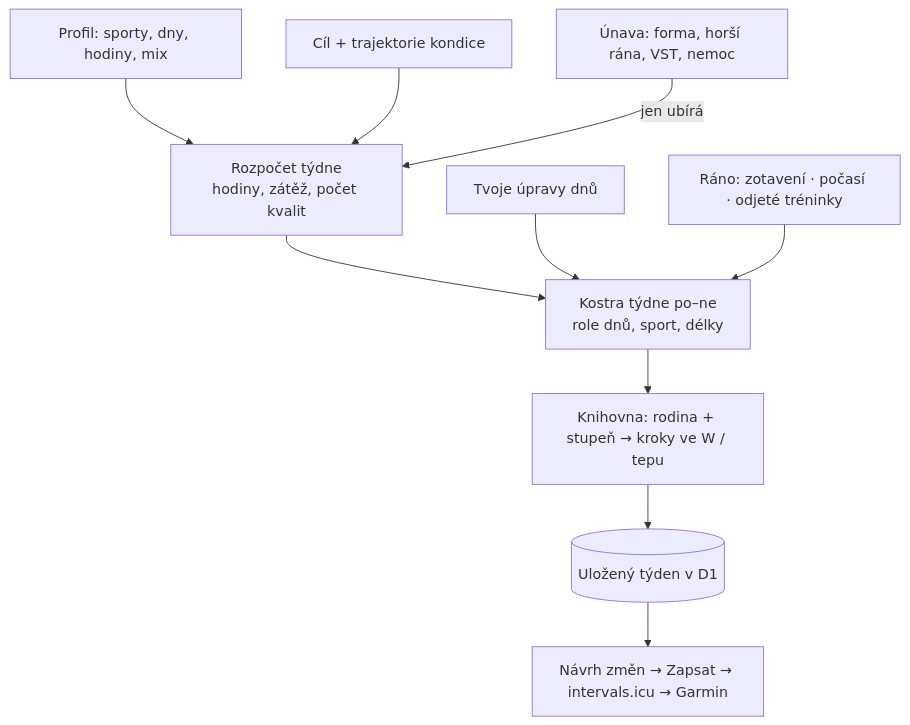
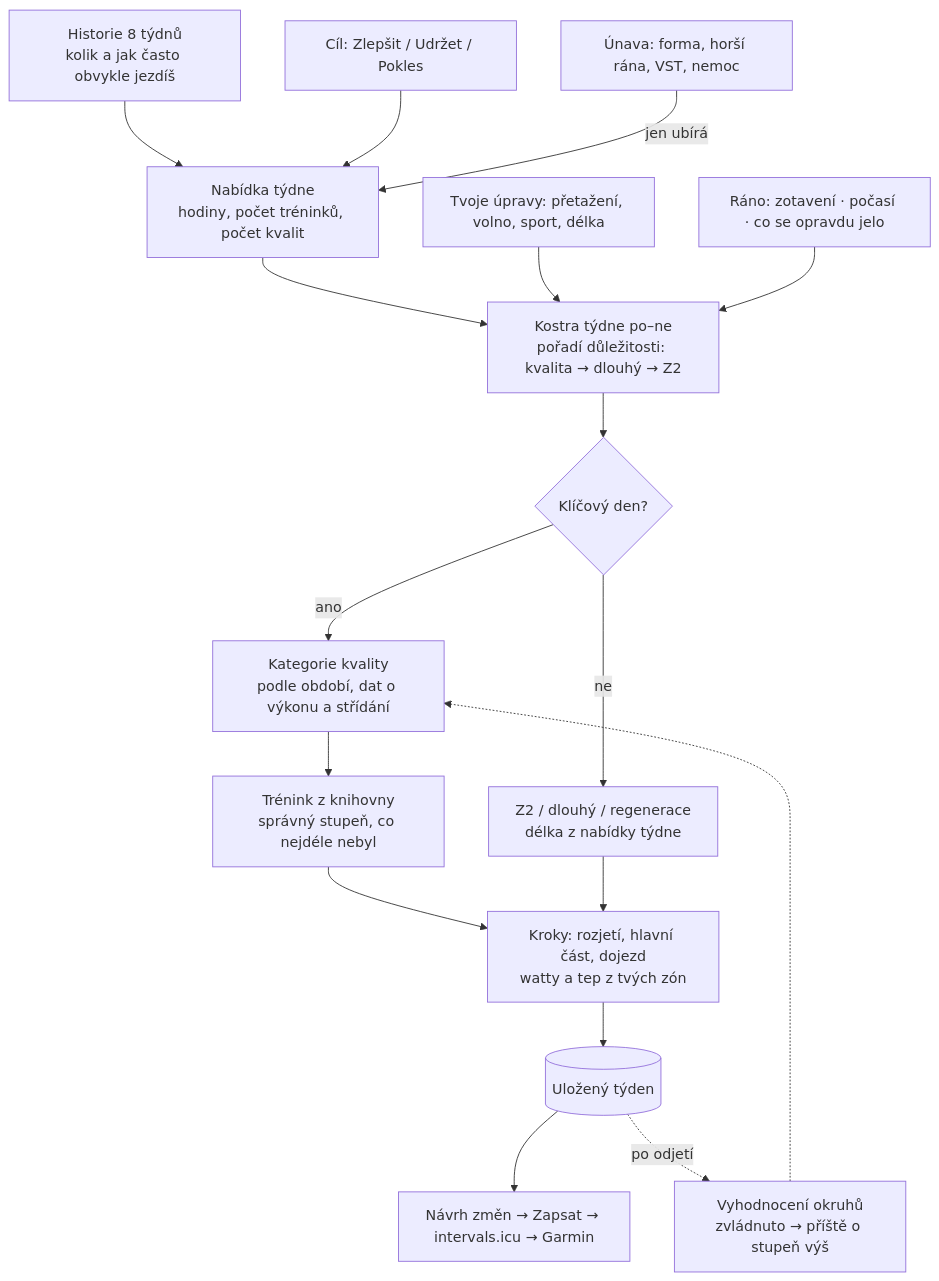
The diagram in docs/trener-v2/jak-funguje-trener-v2.md (petrhriz/trener-app), drawn with Mermaid before and after one commit. The commit also changed other lines of this file and 16 other files, not shown here.

First line of the commit message:
Trenér v2: fronta místo rozpočtu – bez nastavených hodin a dnů, pestré kvality z knihovny, důvod u každého dne

````diff
--- a/docs/trener-v2/jak-funguje-trener-v2.md
+++ b/docs/trener-v2/jak-funguje-trener-v2.md
@@ -7,12 +13,19 @@
 ```mermaid
 flowchart TD
-  P[Profil: sporty, dny, hodiny, mix] --> B
-  G[Cíl + trajektorie kondice] --> B[Rozpočet týdne<br/>hodiny, zátěž, počet kvalit]
-  F[Únava: forma, horší rána, VST, nemoc] -->|jen ubírá| B
-  B --> W[Kostra týdne po–ne<br/>role dnů, sport, délky]
-  U[Tvoje úpravy dnů] --> W
-  R[Ráno: zotavení · počasí · odjeté tréninky] --> W
-  W --> L[Knihovna: rodina + stupeň → kroky ve W / tepu]
-  L --> S[(Uložený týden v D1)]
-  S --> N[Návrh změn → Zapsat → intervals.icu → Garmin]
+  H[Historie 8 týdnů<br/>kolik a jak často obvykle jezdíš] --> N
+  G[Cíl: Zlepšit / Udržet / Pokles] --> N[Nabídka týdne<br/>hodiny, počet tréninků, počet kvalit]
+  F[Únava: forma, horší rána, VST, nemoc] -->|jen ubírá| N
+  N --> K[Kostra týdne po–ne<br/>pořadí důležitosti: kvalita → dlouhý → Z2]
+  U[Tvoje úpravy: přetažení, volno, sport, délka] --> K
+  R[Ráno: zotavení · počasí · co se opravdu jelo] --> K
+  K --> Q{Klíčový den?}
+  Q -->|ano| C[Kategorie kvality<br/>podle období, dat o výkonu a střídání]
+  C --> L[Trénink z knihovny<br/>správný stupeň, co nejdéle nebyl]
+  Q -->|ne| Z[Z2 / dlouhý / regenerace<br/>délka z nabídky týdne]
+  L --> W[Kroky: rozjetí, hlavní část, dojezd<br/>watty a tep z tvých zón]
+  Z --> W
+  W --> S[(Uložený týden)]
+  S --> P[Návrh změn → Zapsat → intervals.icu → Garmin]
+  S -.po odjetí.-> E[Vyhodnocení okruhů<br/>zvládnuto → příště o stupeň výš]
+  E -.-> C
 ```
````
